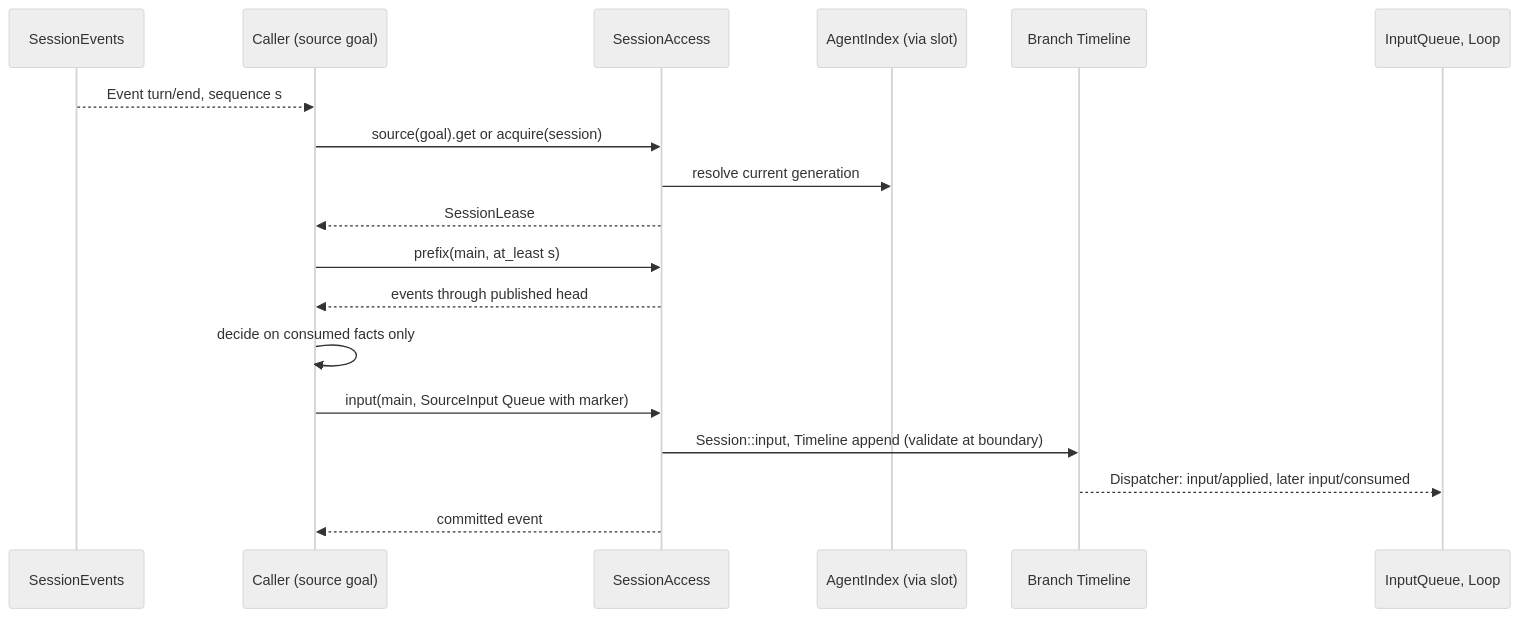
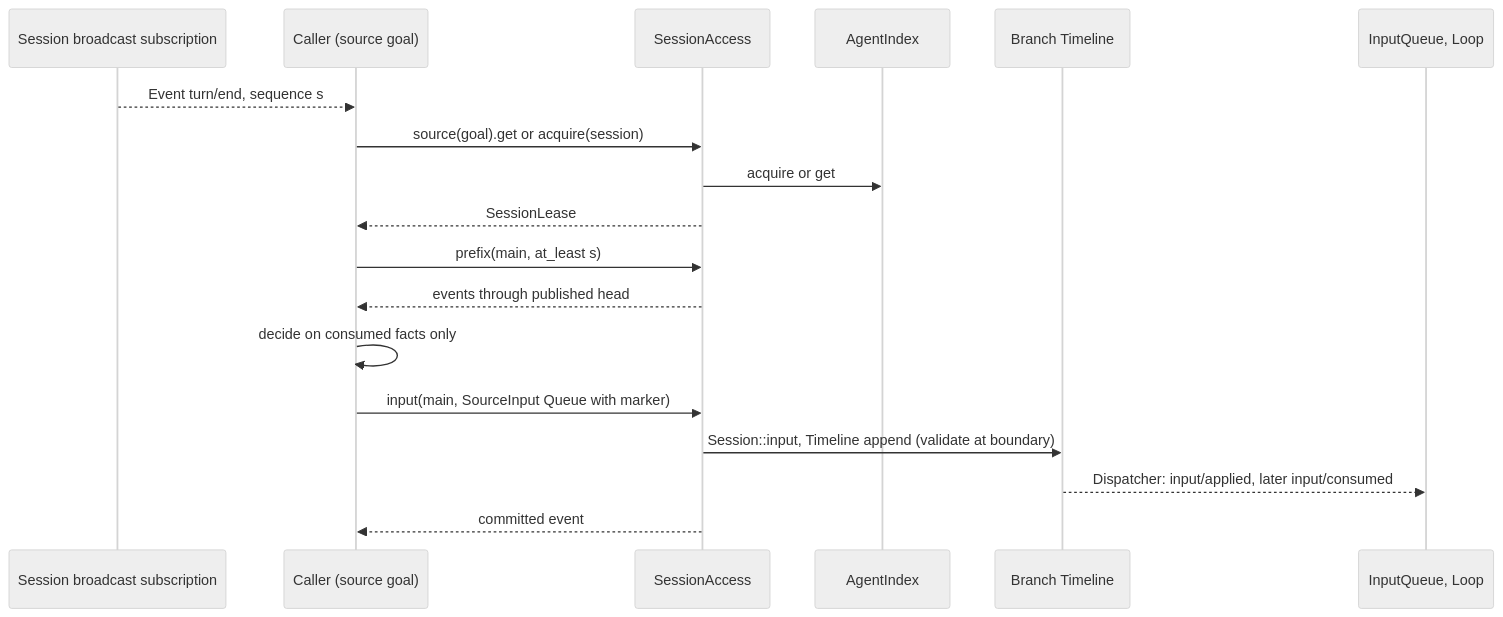
Before and after one commit to CoutinhoTTS/dim-agent: the third of 6 diagrams in docs/design/contracts/session-access.md, drawn with Mermaid (neutral theme). The commit also changed other lines of this file and 4 other files, not shown here.

````diff
--- a/docs/design/contracts/session-access.md
+++ b/docs/design/contracts/session-access.md
@@ -96,20 +79,20 @@
 ```mermaid
 sequenceDiagram
-  participant SE as SessionEvents
+  participant SE as Session broadcast subscription
   participant C as Caller (source goal)
   participant SA as SessionAccess
-  participant AI as AgentIndex (via slot)
+  participant AI as AgentIndex
   participant TL as Branch Timeline
   participant IQ as InputQueue, Loop
   SE-->>C: Event turn/end, sequence s
   C->>SA: source(goal).get or acquire(session)
-  SA->>AI: resolve current generation
+  SA->>AI: acquire or get
   SA-->>C: SessionLease
   C->>SA: prefix(main, at_least s)
   SA-->>C: events through published head
   C->>C: decide on consumed facts only
   C->>SA: input(main, SourceInput Queue with marker)
   SA->>TL: Session::input, Timeline append (validate at boundary)
   TL-->>IQ: Dispatcher: input/applied, later input/consumed
   SA-->>C: committed event
 ```
````
